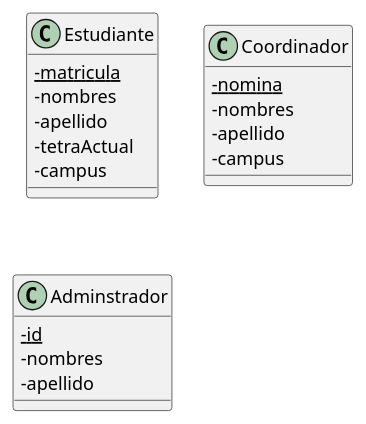
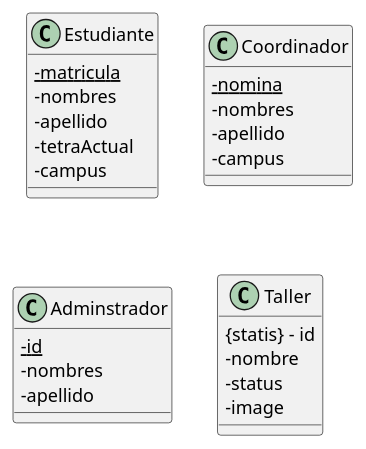
The diagram in Reto/Base de datos.md (facund015/codeRelatedObsidianNotes), drawn with PlantUML before and after one commit. The commit also changed 1 other file, not shown here.

Commit message:
vault backup: 2021-10-12 12:10:02

````diff
--- a/Reto/Base de datos.md
+++ b/Reto/Base de datos.md
@@ -2,26 +2,33 @@
 ```plantuml
 @startuml
 skinparam classAttributeIconSize 0
 class Estudiante {
 	{static} -matricula
 	-nombres
 	-apellido
 	-tetraActual
 	-campus
 }
 
 class Coordinador {
 	{static} -nomina
 	-nombres
 	-apellido
 	-campus
 }
 
 class Adminstrador {
 	{static} -id
 	-nombres
 	-apellido
 }
 
+class Taller {
+    {statis} - id 
+    - nombre
+    - status
+    - image
+}
+
 @enduml
 ```
````
